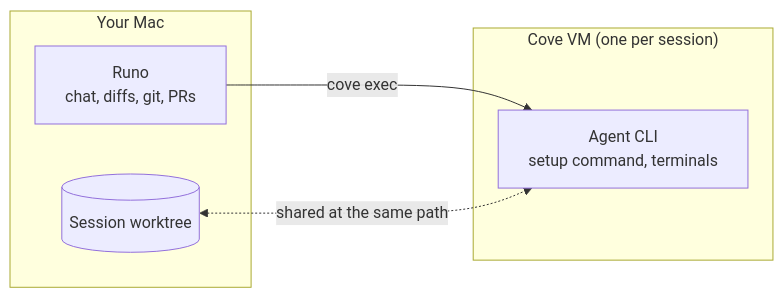
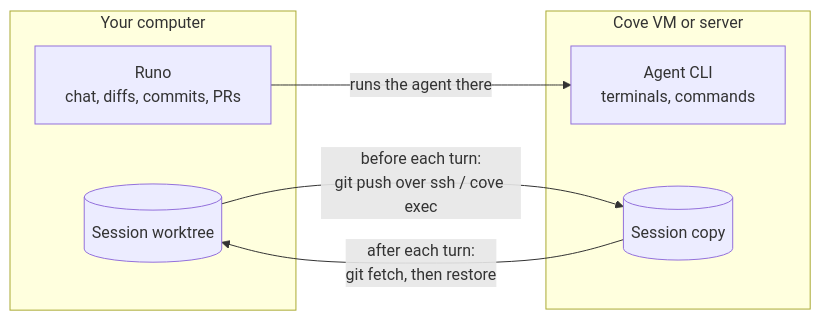
Before and after one commit to deltalark/runo: the diagram in README.md, drawn with Mermaid. The commit also changed other lines of this file and 17 other files, not shown here.

First line of the commit message:
Connections: run sessions on Cove VMs and SSH servers, and move them

````diff
--- a/README.md
+++ b/README.md
@@ -152,12 +170,14 @@
 ```mermaid
 flowchart LR
-    subgraph Mac["Your Mac"]
-        R["Runo<br/>chat, diffs, git, PRs"]
+    subgraph Mac["Your computer"]
+        R["Runo<br/>chat, diffs, commits, PRs"]
         W[("Session worktree")]
     end
-    subgraph VM["Cove VM (one per session)"]
-        A["Agent CLI<br/>setup command, terminals"]
+    subgraph Far["Cove VM or server"]
+        A["Agent CLI<br/>terminals, commands"]
+        C[("Session copy")]
     end
-    R -- "cove exec" --> A
-    W <-. "shared at the same path" .-> A
+    W -- "before each turn:<br/>git push over ssh / cove exec" --> C
+    C -- "after each turn:<br/>git fetch, then restore" --> W
+    R -- "runs the agent there" --> A
 ```
````
